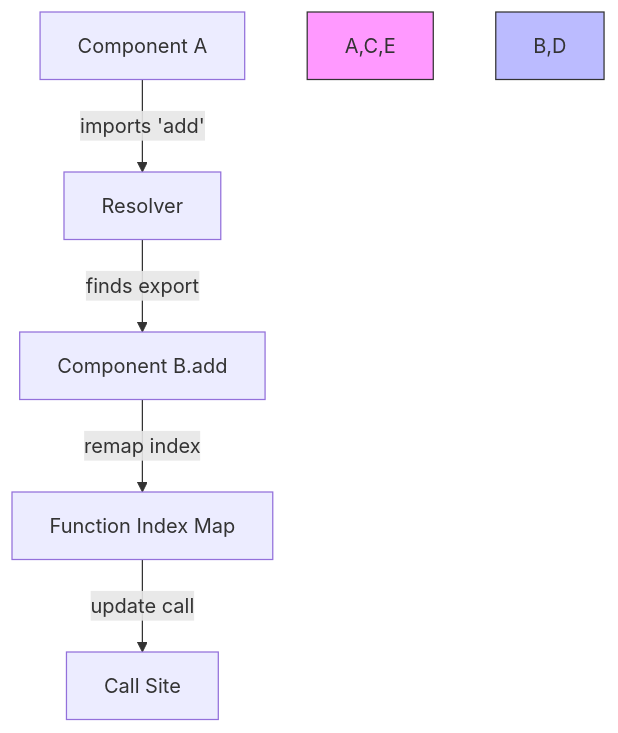
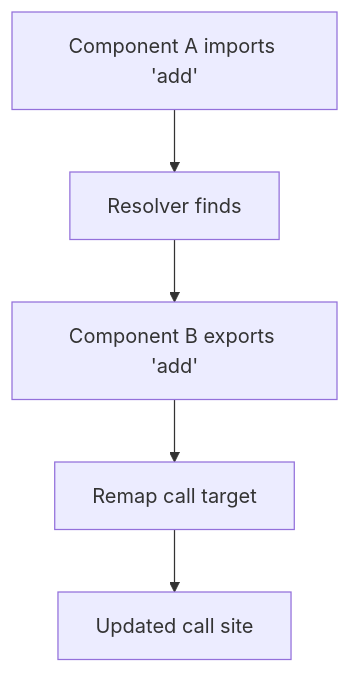
One commit to pulseengine/meld changed diagram 11 of 16 in meld-core/ARCHITECTURE.md. Above: the diagram before and after it, drawn with Mermaid. The commit also changed other lines of this file, not shown here.

First line of the commit message:
docs(arch): simplify architecture documentation

````diff
--- a/meld-core/ARCHITECTURE.md
+++ b/meld-core/ARCHITECTURE.md
@@ -374,10 +150,7 @@
 ```mermaid
 flowchart TD
-    A[Component A] -->|imports 'add'| B[Resolver]
-    B -->|finds export| C[Component B.add]
-    C -->|remap index| D[Function Index Map]
-    D -->|update call| E[Call Site]
-
-    style A,C,E fill:#f9f,stroke:#333
-    style B,D fill:#bbf,stroke:#333
+    A[Component A imports 'add'] --> B[Resolver finds]
+    B --> C[Component B exports 'add']
+    C --> D[Remap call target]
+    D --> E[Updated call site]
 ```
````
